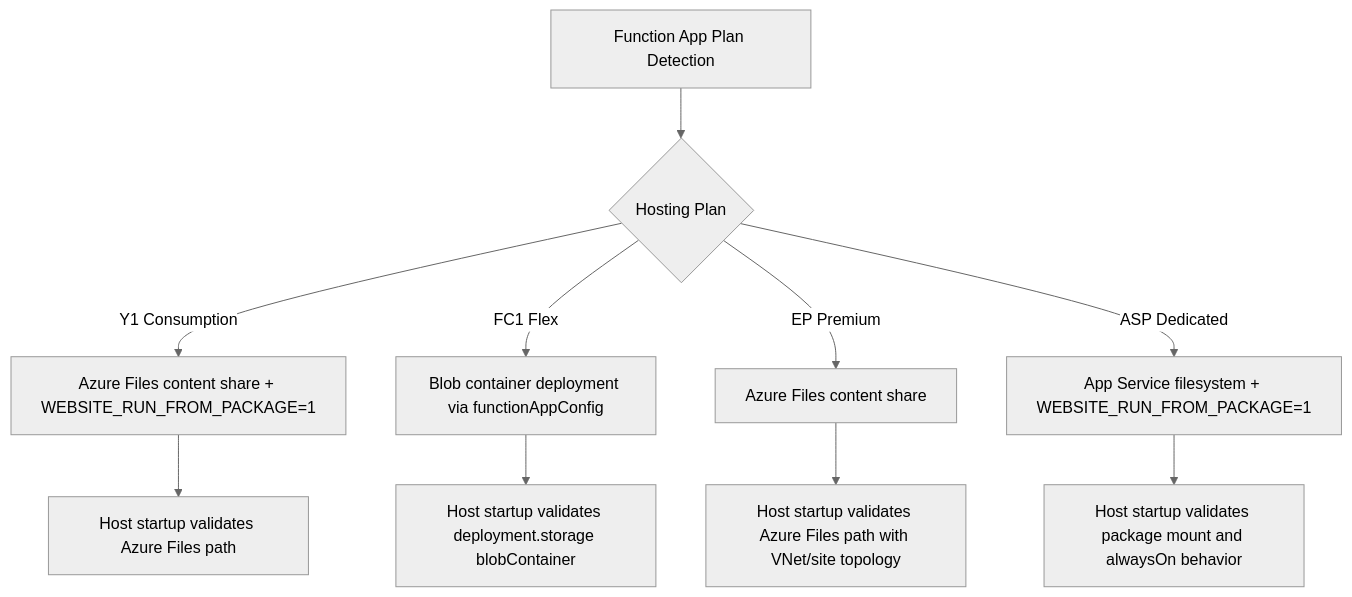
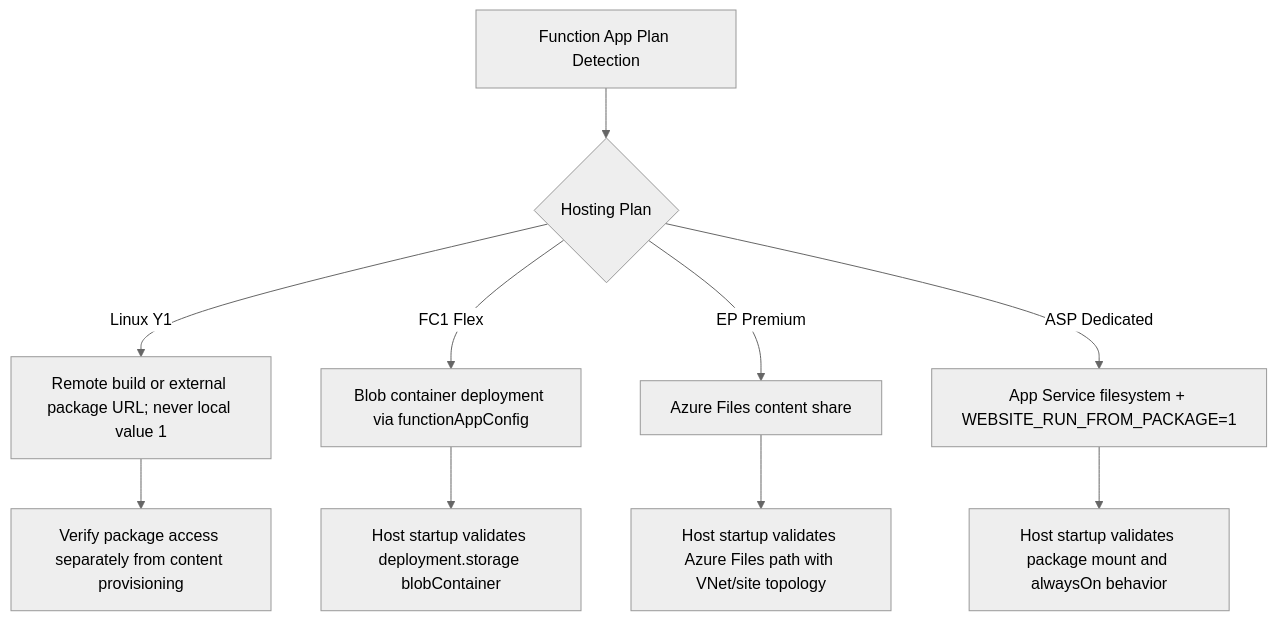
The first of 5 diagrams in docs/troubleshooting/lab-guides/code-storage-verification.md (yeongseon/azure-functions-practical-guide), drawn with Mermaid (neutral theme) before and after one commit. The commit also changed other lines of this file and 26 other files, not shown here.

````diff
--- a/docs/troubleshooting/lab-guides/code-storage-verification.md
+++ b/docs/troubleshooting/lab-guides/code-storage-verification.md
@@ -146,13 +149,13 @@
 ```mermaid
 flowchart TD
     A[Function App Plan Detection] --> B{Hosting Plan}
-    B -->|Y1 Consumption| C[Azure Files content share + WEBSITE_RUN_FROM_PACKAGE=1]
+    B -->|Linux Y1| C[Remote build or external package URL; never local value 1]
     B -->|FC1 Flex| D[Blob container deployment via functionAppConfig]
     B -->|EP Premium| E[Azure Files content share]
     B -->|ASP Dedicated| F[App Service filesystem + WEBSITE_RUN_FROM_PACKAGE=1]
 
-    C --> G[Host startup validates Azure Files path]
+    C --> G[Verify package access separately from content provisioning]
     D --> H[Host startup validates deployment.storage blobContainer]
     E --> I["Host startup validates Azure Files path with VNet/site topology"]
     F --> J[Host startup validates package mount and alwaysOn behavior]
 ```
````
